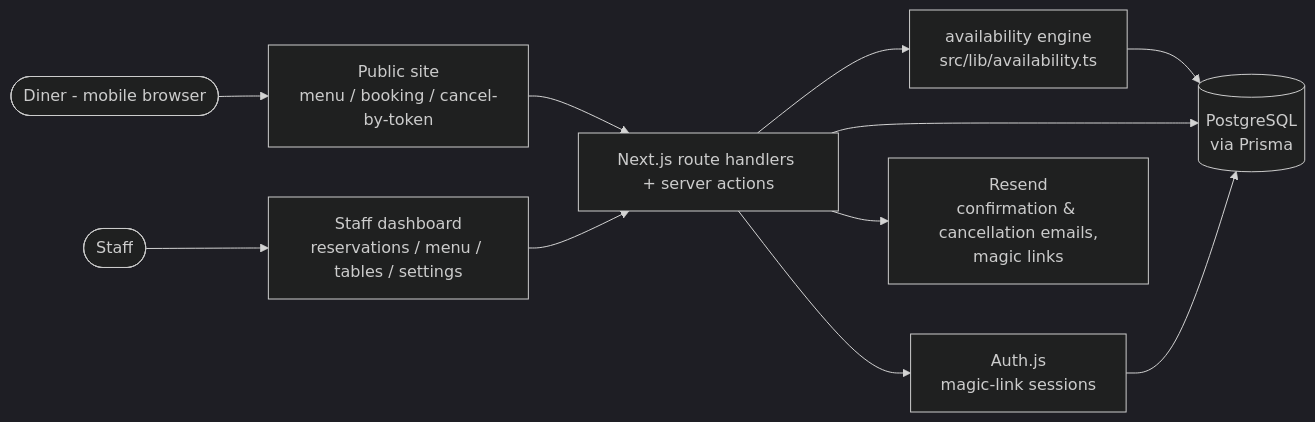
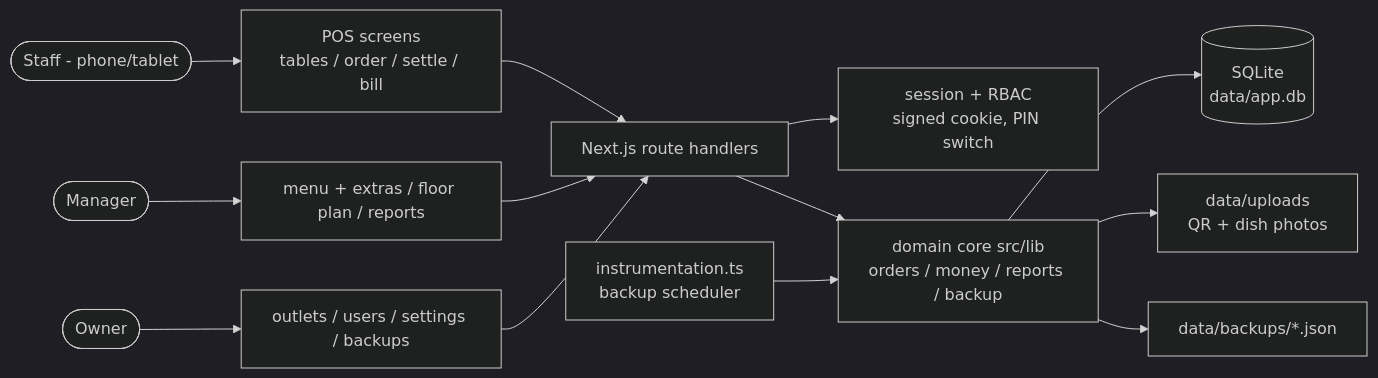
The first of 3 diagrams in DESIGN.md (techzuna/retropos), drawn with Mermaid (dark theme) before and after one commit. The commit also changed other lines of this file and 138 other files, not shown here.

````diff
--- a/DESIGN.md
+++ b/DESIGN.md
@@ -13,13 +13,15 @@
 ```mermaid
 flowchart LR
-    Diner([Diner - mobile browser]) --> Public[Public site\nmenu / booking / cancel-by-token]
-    Staff([Staff]) --> Dash[Staff dashboard\nreservations / menu / tables / settings]
-    Public --> API[Next.js route handlers + server actions]
-    Dash --> API
-    API --> Avail[availability engine\nsrc/lib/availability.ts]
-    API --> Auth[Auth.js\nmagic-link sessions]
-    Avail --> DB[(PostgreSQL\nvia Prisma)]
-    API --> DB
-    Auth --> DB
-    API --> Resend[Resend\nconfirmation & cancellation emails,\nmagic links]
+    Staff([Staff - phone/tablet]) --> POS[POS screens\ntables / order / settle / bill]
+    Mgr([Manager]) --> Manage[menu + extras / floor plan / reports]
+    Owner([Owner]) --> Admin[outlets / users / settings / backups]
+    POS --> API[Next.js route handlers]
+    Manage --> API
+    Admin --> API
+    API --> Sess[session + RBAC\nsigned cookie, PIN switch]
+    API --> Core[domain core src/lib\norders / money / reports / backup]
+    Core --> DB[(SQLite\ndata/app.db)]
+    Core --> Files[data/uploads\nQR + dish photos]
+    Sched[instrumentation.ts\nbackup scheduler] --> Core
+    Core --> Backups[data/backups/*.json]
 ```
````
